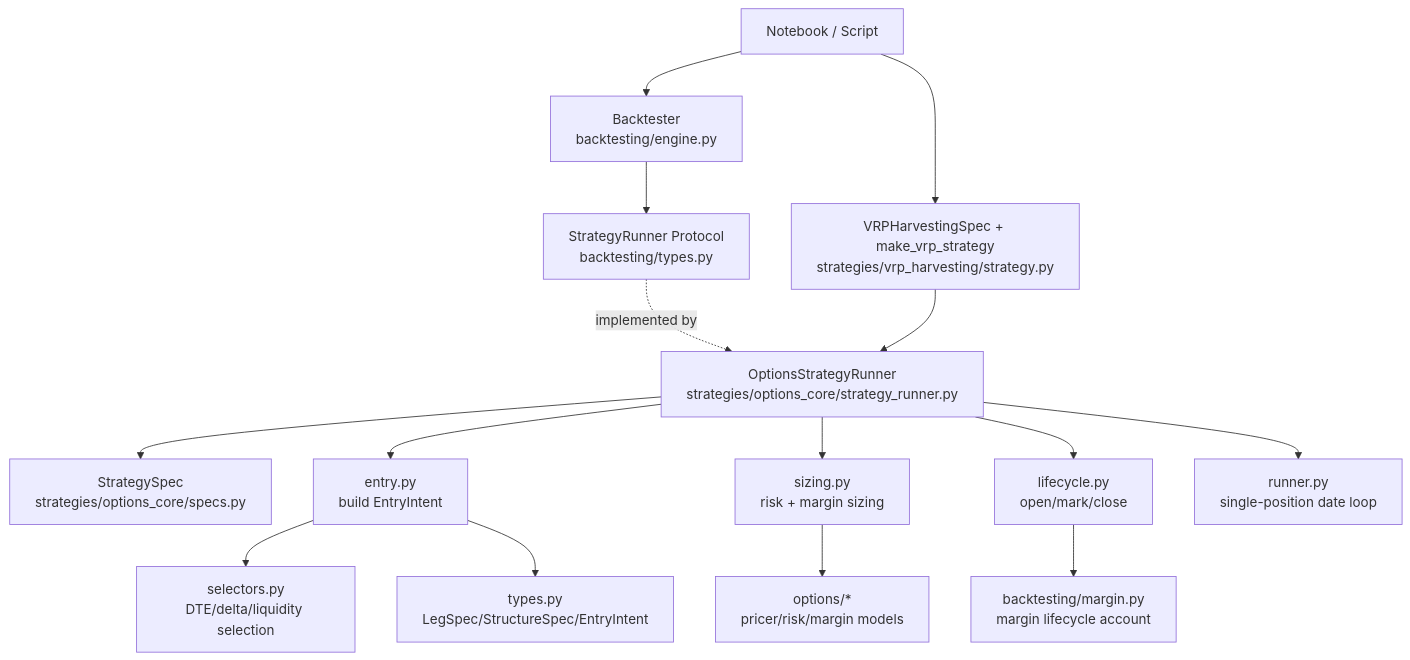
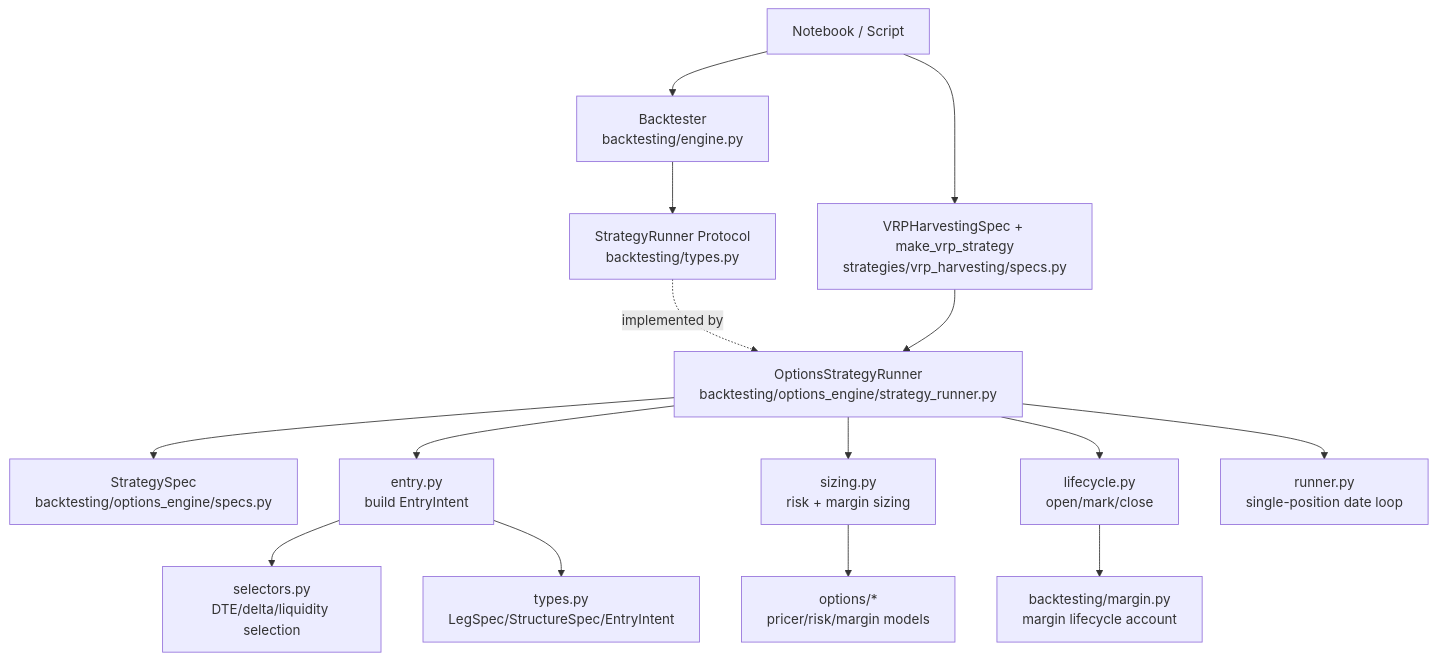
The first of 3 diagrams in docs/reference/options_backtesting_architecture.md (anthonymakarewicz/volatility-trading), drawn with Mermaid before and after one commit. The commit also changed other lines of this file and 29 other files, not shown here.

````diff
--- a/docs/reference/options_backtesting_architecture.md
+++ b/docs/reference/options_backtesting_architecture.md
@@ -24,20 +24,20 @@
 ```mermaid
 flowchart TD
     A[Notebook / Script] --> B[Backtester<br/>backtesting/engine.py]
     B --> C[StrategyRunner Protocol<br/>backtesting/types.py]
-    C -.implemented by.-> D[OptionsStrategyRunner<br/>strategies/options_core/strategy_runner.py]
+    C -.implemented by.-> D[OptionsStrategyRunner<br/>backtesting/options_engine/strategy_runner.py]
 
-    A --> E[VRPHarvestingSpec + make_vrp_strategy<br/>strategies/vrp_harvesting/strategy.py]
+    A --> E[VRPHarvestingSpec + make_vrp_strategy<br/>strategies/vrp_harvesting/specs.py]
     E --> D
 
-    D --> F[StrategySpec<br/>strategies/options_core/specs.py]
+    D --> F[StrategySpec<br/>backtesting/options_engine/specs.py]
     D --> G[entry.py<br/>build EntryIntent]
     D --> H[sizing.py<br/>risk + margin sizing]
     D --> I[lifecycle.py<br/>open/mark/close]
     D --> J[runner.py<br/>single-position date loop]
 
     G --> K[selectors.py<br/>DTE/delta/liquidity selection]
     G --> L[types.py<br/>LegSpec/StructureSpec/EntryIntent]
     H --> M[options/*<br/>pricer/risk/margin models]
     I --> N[backtesting/margin.py<br/>margin lifecycle account]
 ```
````
